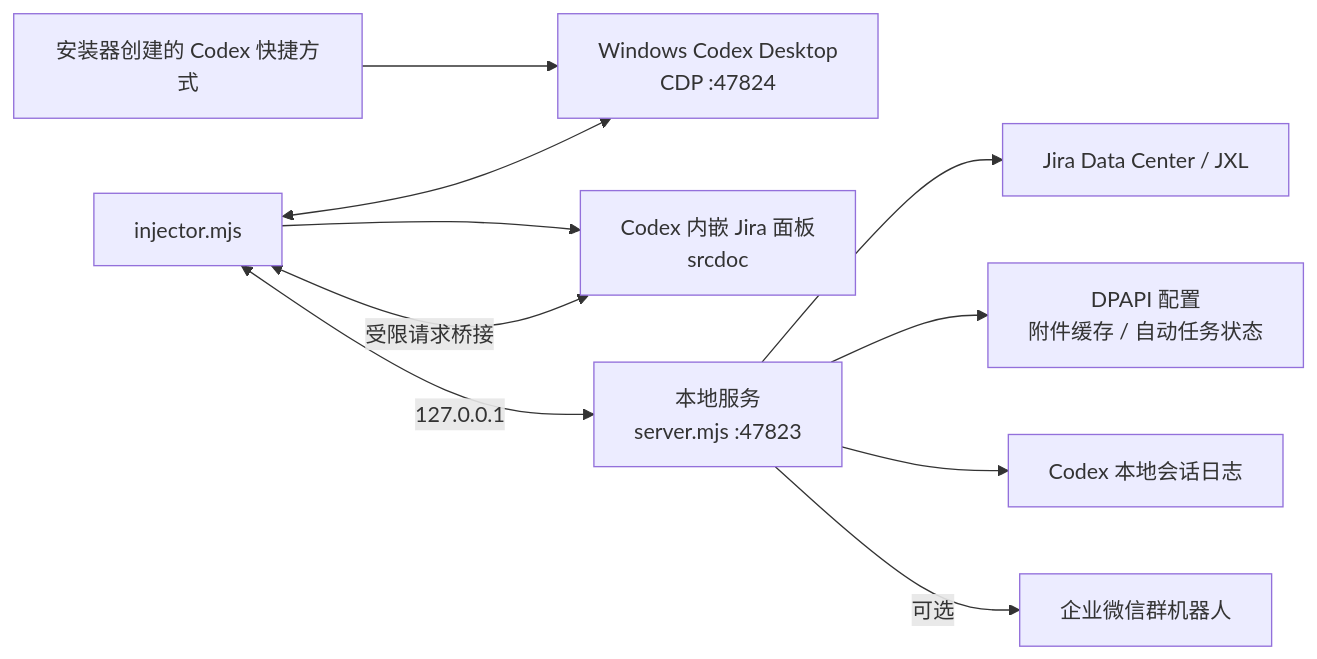
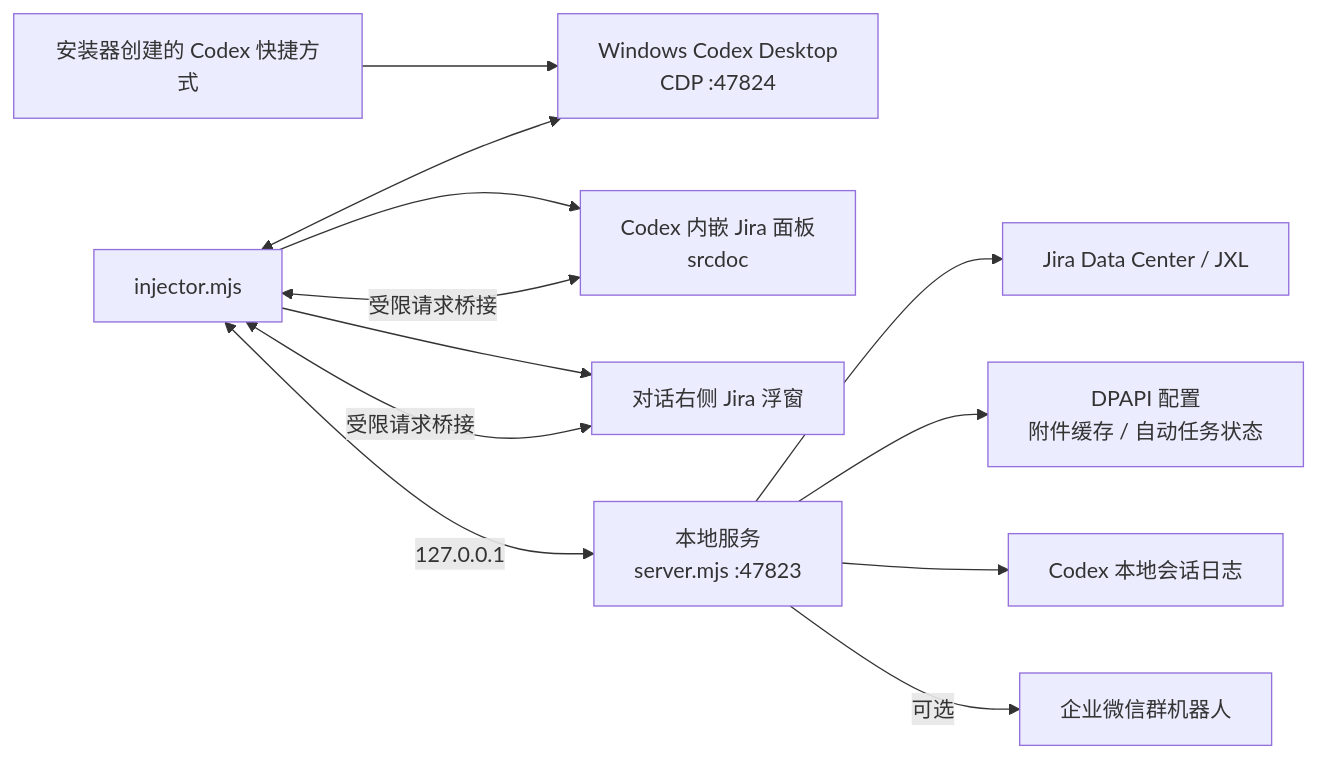
One commit to yzj555/jira-codex-panel-poc changed the diagram in README.md. Above: the diagram before and after it, drawn with Mermaid. The commit also changed other lines of this file and 8 other files, not shown here.

```diff
--- a/README.md
+++ b/README.md
@@ -323,12 +336,14 @@
 ~~~mermaid
 flowchart LR
     Shortcut["安装器创建的 Codex 快捷方式"] --> Codex["Windows Codex Desktop<br/>CDP :47824"]
     Injector["injector.mjs"] <--> Codex
     Injector --> Panel["Codex 内嵌 Jira 面板<br/>srcdoc"]
+    Injector --> Float["对话右侧 Jira 浮窗"]
     Panel <-->|受限请求桥接| Injector
+    Float <-->|受限请求桥接| Injector
     Injector <-->|127.0.0.1| Server["本地服务<br/>server.mjs :47823"]
     Server --> Jira["Jira Data Center / JXL"]
     Server --> UserData["DPAPI 配置<br/>附件缓存 / 自动任务状态"]
     Server --> Sessions["Codex 本地会话日志"]
     Server -->|可选| WeCom["企业微信群机器人"]
 ~~~
```
